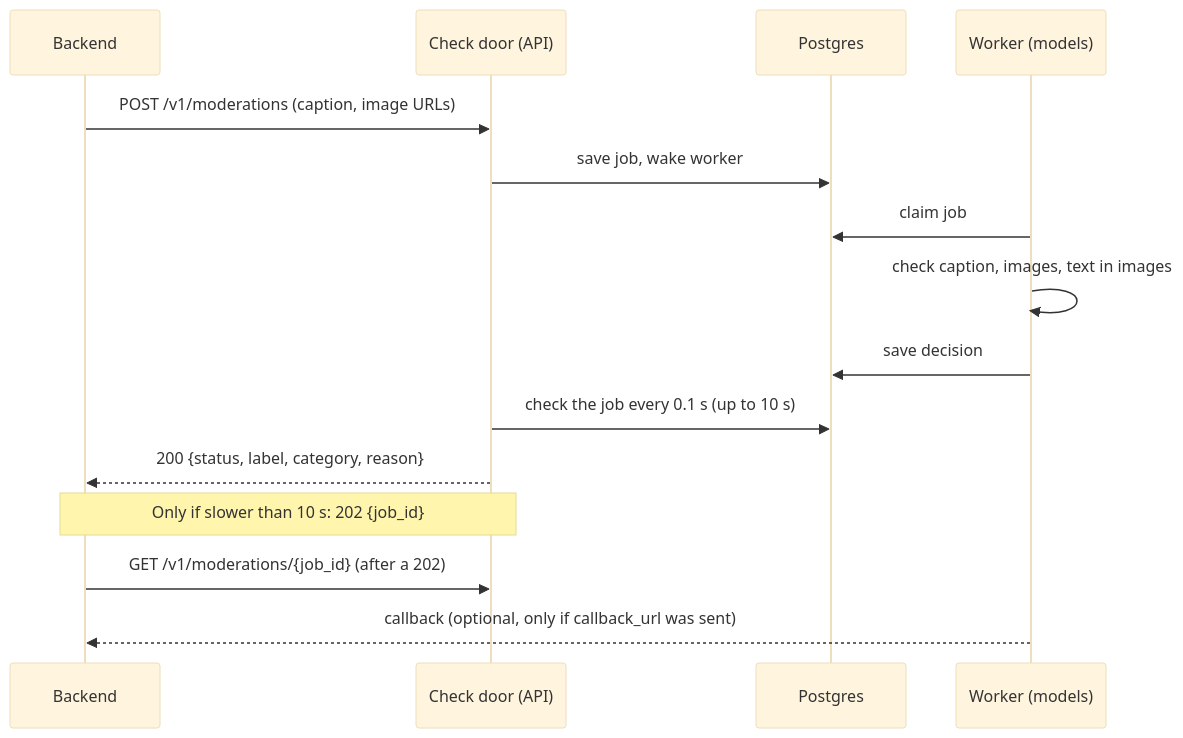
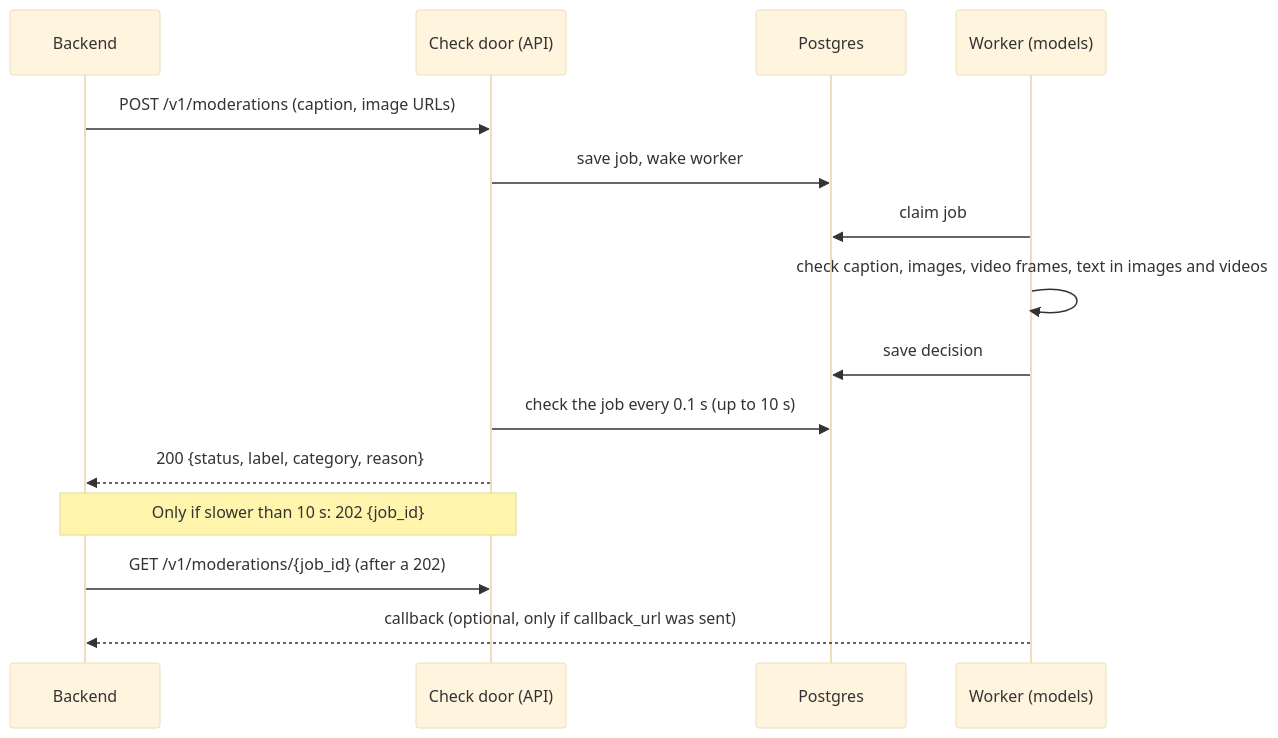
One commit to AbdulMateen-Arhamsoft/HALAL_SNS_dev changed the diagram in README.md. Above: the diagram before and after it, drawn with Mermaid (base theme). The commit also changed other lines of this file and 4 other files, not shown here.

````diff
--- a/README.md
+++ b/README.md
@@ -26,17 +26,17 @@
 ```mermaid
 sequenceDiagram
     participant B as Backend
     participant A as Check door (API)
     participant D as Postgres
     participant W as Worker (models)
     B->>A: POST /v1/moderations (caption, image URLs)
     A->>D: save job, wake worker
     W->>D: claim job
-    W->>W: check caption, images, text in images
+    W->>W: check caption, images, video frames, text in images and videos
     W->>D: save decision
     A->>D: check the job every 0.1 s (up to 10 s)
     A-->>B: 200 {status, label, category, reason}
     Note over B,A: Only if slower than 10 s: 202 {job_id}
     B->>A: GET /v1/moderations/{job_id} (after a 202)
     W-->>B: callback (optional, only if callback_url was sent)
 ```
````
